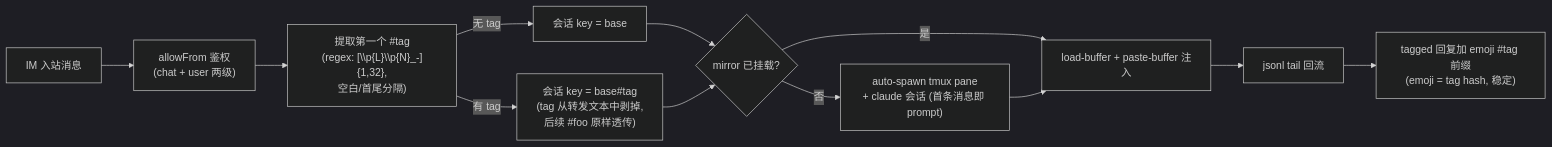
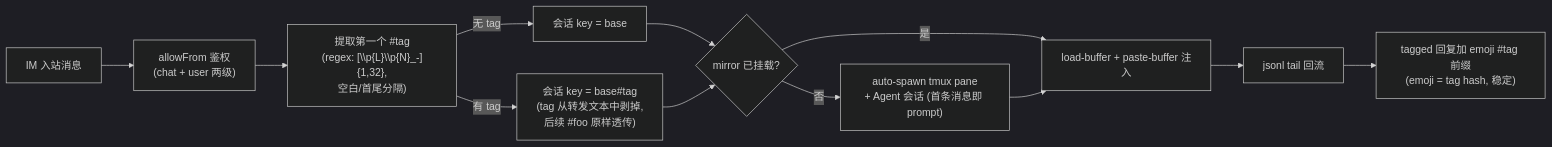
One commit to guxi11/weclaude changed the third of 4 diagrams in 技术说明.md. Above: the diagram before and after it, drawn with Mermaid (dark theme). The commit also changed other lines of this file and 10 other files, not shown here.

First line of the commit message:
docs: 泛指 Claude 的用户可见文案统一改为 Agent

````diff
--- a/技术说明.md
+++ b/技术说明.md
@@ -86,14 +86,14 @@
 ```mermaid
 flowchart LR
     msg["IM 入站消息"] --> auth["allowFrom 鉴权<br/>(chat + user 两级)"]
     auth --> tag["提取第一个 #tag<br/>(regex: [\\p{L}\\p{N}_-]{1,32},<br/>空白/首尾分隔)"]
     tag -- 无 tag --> base["会话 key = base"]
     tag -- 有 tag --> tagged["会话 key = base#tag<br/>(tag 从转发文本中剥掉,<br/>后续 #foo 原样透传)"]
     base --> exist{"mirror 已挂载?"}
     tagged --> exist
-    exist -- 否 --> spawn["auto-spawn tmux pane<br/>+ claude 会话 (首条消息即 prompt)"]
+    exist -- 否 --> spawn["auto-spawn tmux pane<br/>+ Agent 会话 (首条消息即 prompt)"]
     exist -- 是 --> paste["load-buffer + paste-buffer 注入"]
     spawn --> paste
     paste --> tail["jsonl tail 回流"]
     tail --> label["tagged 回复加 emoji #tag 前缀<br/>(emoji = tag hash, 稳定)"]
 ```
````
